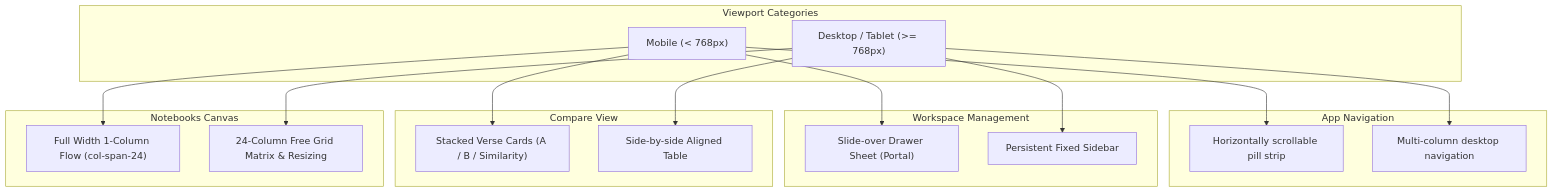
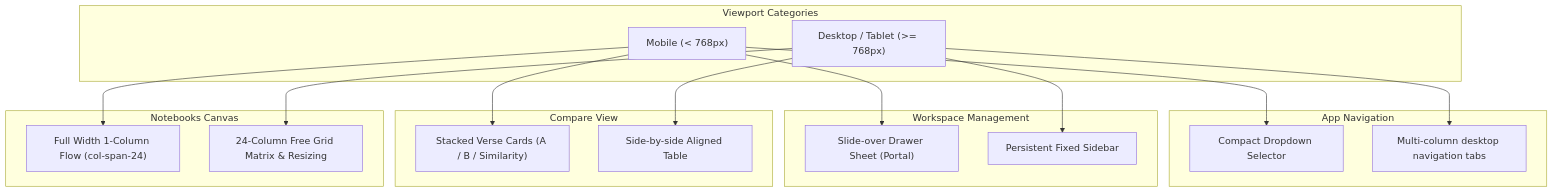
Before and after one commit to mvirtai/clible-v3-go: the second of 3 diagrams in pr_stories/091-feat-mobile-first-responsive-ux.md, drawn with Mermaid. The commit also changed other lines of this file, not shown here.

````diff
--- a/pr_stories/091-feat-mobile-first-responsive-ux.md
+++ b/pr_stories/091-feat-mobile-first-responsive-ux.md
@@ -48,37 +49,37 @@
 ```mermaid
 flowchart TD
     subgraph Viewports ["Viewport Categories"]
         Mobile["Mobile (< 768px)"]
         Desktop["Desktop / Tablet (>= 768px)"]
     end
 
     subgraph Navigation ["App Navigation"]
-        TabsScroll["Horizontally scrollable pill strip"]
-        TabsGrid["Multi-column desktop navigation"]
+        TabsDropdown["Compact Dropdown Selector"]
+        TabsGrid["Multi-column desktop navigation tabs"]
     end
 
     subgraph Workspace ["Workspace Management"]
         DrawerSheet["Slide-over Drawer Sheet (Portal)"]
         StaticSidebar["Persistent Fixed Sidebar"]
     end
 
     subgraph Compare ["Compare View"]
         StackedCards["Stacked Verse Cards (A / B / Similarity)"]
         ParallelTable["Side-by-side Aligned Table"]
     end
 
     subgraph Notebooks ["Notebooks Canvas"]
         OneColFlow["Full Width 1-Column Flow (col-span-24)"]
         MatrixGrid["24-Column Free Grid Matrix & Resizing"]
     end
 
-    Mobile --> TabsScroll
+    Mobile --> TabsDropdown
     Mobile --> DrawerSheet
     Mobile --> StackedCards
     Mobile --> OneColFlow
 
     Desktop --> TabsGrid
     Desktop --> StaticSidebar
     Desktop --> ParallelTable
     Desktop --> MatrixGrid
 ```
````
